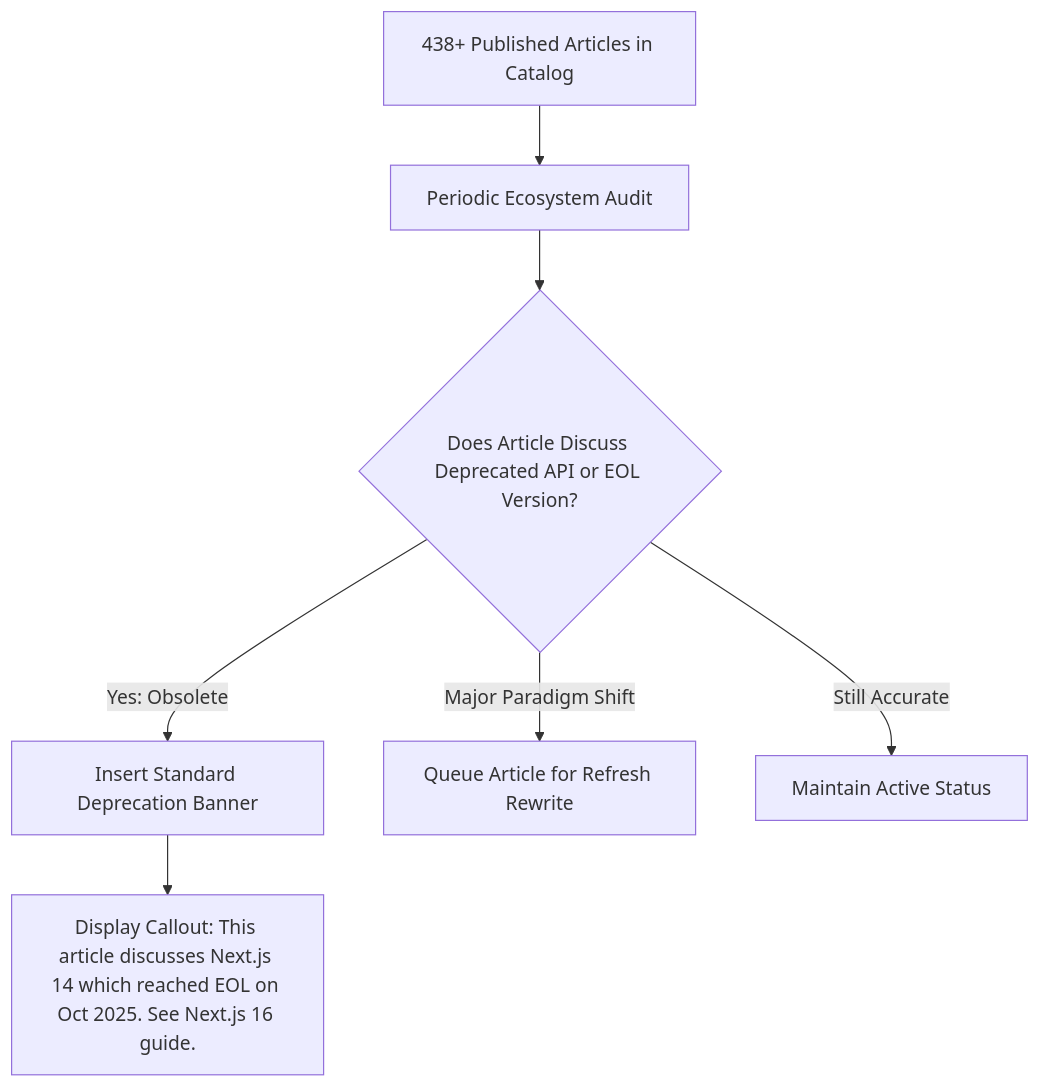
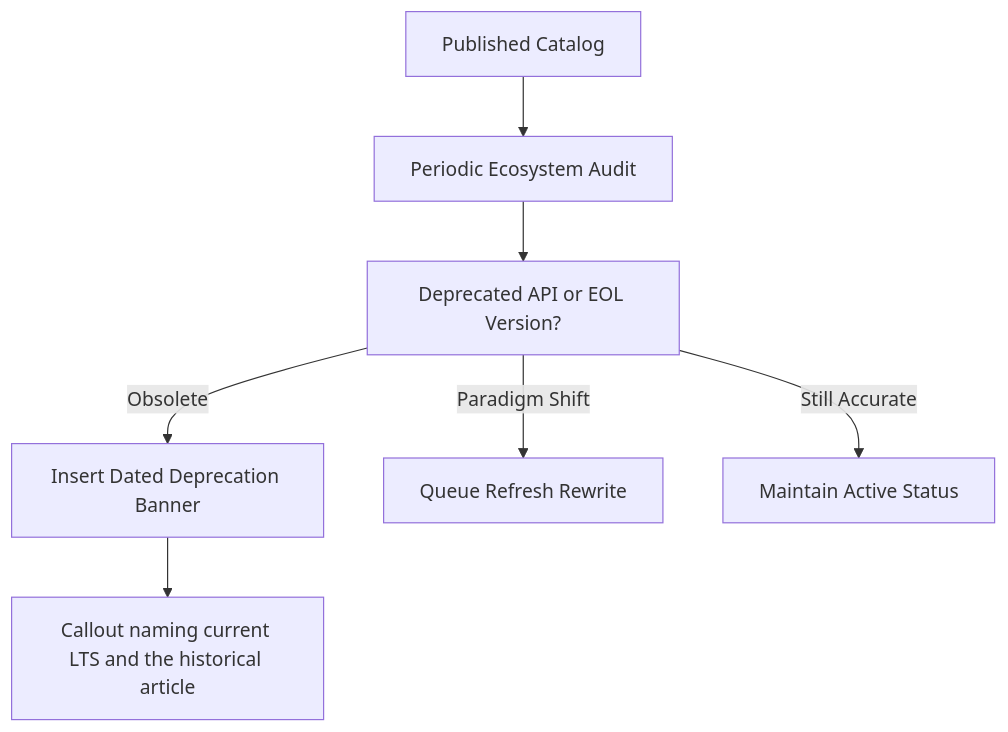
Before and after one commit to akmalkhaniub/akmalkhaniub.github.io: the diagram in .agents/skills/evergreen-lifecycle-and-analytics-monitor/SKILL.md, drawn with Mermaid. The commit also changed other lines of this file and 411 other files, not shown here.

````diff
--- a/.agents/skills/evergreen-lifecycle-and-analytics-monitor/SKILL.md
+++ b/.agents/skills/evergreen-lifecycle-and-analytics-monitor/SKILL.md
@@ -19,11 +19,9 @@
 ```mermaid
 flowchart TD
-  Catalog["438+ Published Articles in Catalog"] --> Audit["Periodic Ecosystem Audit"]
-  Audit --> Check{"Does Article Discuss Deprecated API or EOL Version?"}
-  
-  Check -->|Yes: Obsolete| Tag["Insert Standard Deprecation Banner"]
-  Check -->|Major Paradigm Shift| Flag["Queue Article for Refresh Rewrite"]
+  Catalog["Published Catalog"] --> Audit["Periodic Ecosystem Audit"]
+  Audit --> Check["Deprecated API or EOL Version?"]
+  Check -->|Obsolete| Tag["Insert Dated Deprecation Banner"]
+  Check -->|Paradigm Shift| Flag["Queue Refresh Rewrite"]
   Check -->|Still Accurate| Clean["Maintain Active Status"]
-
-  Tag --> Banner["Display Callout: This article discusses Next.js 14 which reached EOL on Oct 2025. See Next.js 16 guide."]
+  Tag --> Banner["Callout naming current LTS and the historical article"]
 ```
````
